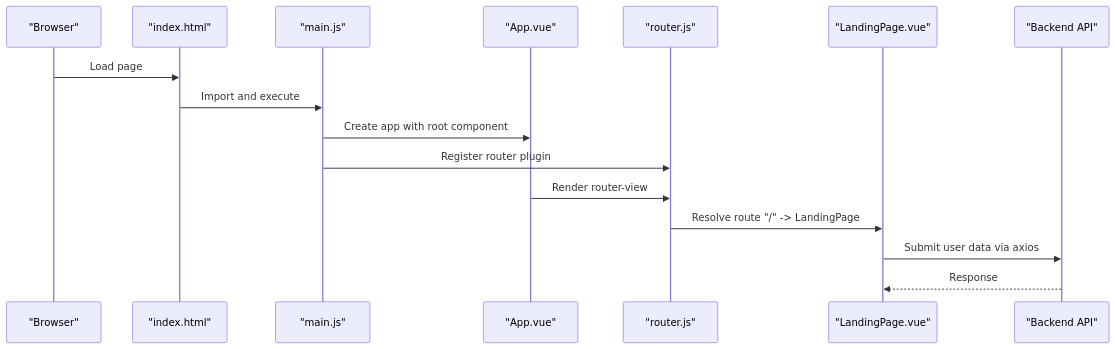
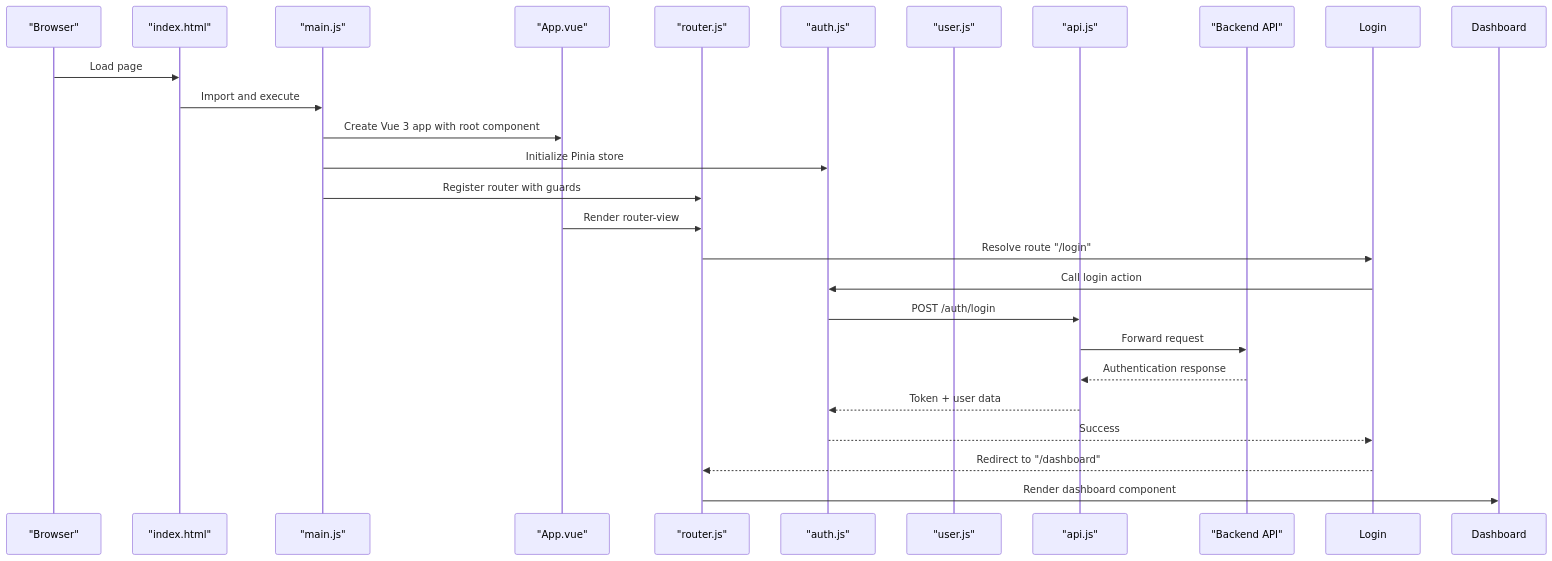
The second of 3 diagrams in .qoder/repowiki/en/content/Frontend Application/Vue.js Application Architecture.md (hsarjun04-netizen/NUTRICooACH), drawn with Mermaid before and after one commit. The commit also changed other lines of this file and 7 other files, not shown here.

Commit message:
Add Export My Data feature - download all user data as JSON

````diff
--- a/.qoder/repowiki/en/content/Frontend Application/Vue.js Application Architecture.md
+++ b/.qoder/repowiki/en/content/Frontend Application/Vue.js Application Architecture.md
@@ -105,18 +159,27 @@
 ```mermaid
 sequenceDiagram
 participant Browser as "Browser"
 participant HTML as "index.html"
 participant Main as "main.js"
 participant App as "App.vue"
 participant Router as "router.js"
-participant Landing as "LandingPage.vue"
+participant AuthStore as "auth.js"
+participant UserStore as "user.js"
+participant API as "api.js"
 participant Backend as "Backend API"
 Browser->>HTML : Load page
 HTML->>Main : Import and execute
-Main->>App : Create app with root component
-Main->>Router : Register router plugin
+Main->>App : Create Vue 3 app with root component
+Main->>AuthStore : Initialize Pinia store
+Main->>Router : Register router with guards
 App->>Router : Render router-view
-Router->>Landing : Resolve route "/" -> LandingPage
-Landing->>Backend : Submit user data via axios
-Backend-->>Landing : Response
+Router->>Login : Resolve route "/login"
+Login->>AuthStore : Call login action
+AuthStore->>API : POST /auth/login
+API->>Backend : Forward request
+Backend-->>API : Authentication response
+API-->>AuthStore : Token + user data
+AuthStore-->>Login : Success
+Login-->>Router : Redirect to "/dashboard"
+Router->>Dashboard : Render dashboard component
 ```
````
